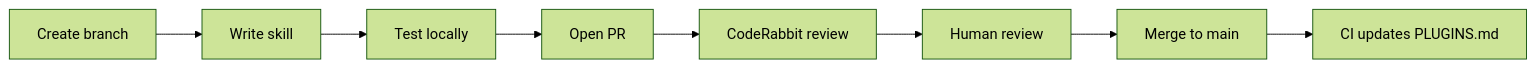
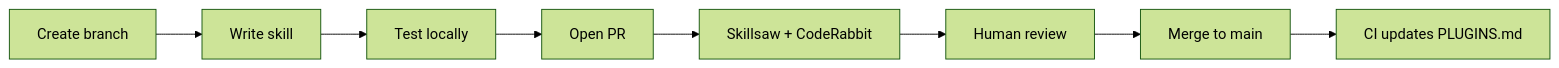
One commit to rh-uxd/ai-helpers changed the second of 2 diagrams in CONTRIBUTING.md. Above: the diagram before and after it, drawn with Mermaid (forest theme). The commit also changed other lines of this file and 5 other files, not shown here.

````diff
--- a/CONTRIBUTING.md
+++ b/CONTRIBUTING.md
@@ -203,10 +203,10 @@
 ```mermaid
 graph LR
     A[Create branch] --> B[Write skill]
     B --> C[Test locally]
     C --> D[Open PR]
-    D --> E[CodeRabbit review]
+    D --> E[Skillsaw + CodeRabbit]
     E --> F[Human review]
     F --> G[Merge to main]
     G --> H[CI updates PLUGINS.md]
 ```
````
